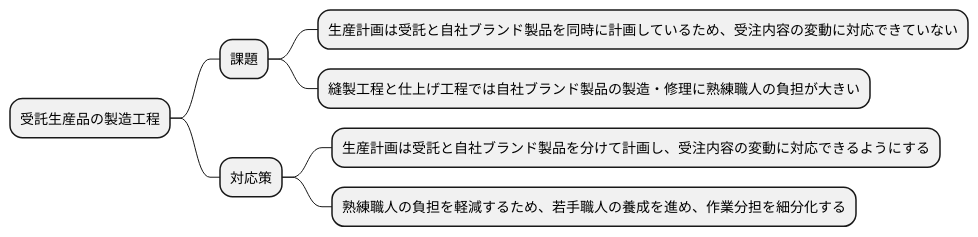
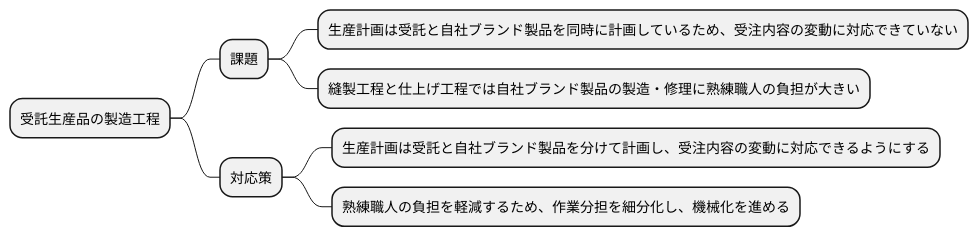
The sixth of 10 diagrams in docs/R03/study/study_3_take01.md (k2works/requirements_definition_excercise), drawn with PlantUML before and after one commit. The commit also changed other lines of this file, not shown here.

````diff
--- a/docs/R03/study/study_3_take01.md
+++ b/docs/R03/study/study_3_take01.md
@@ -225,13 +225,13 @@
 ```plantuml
 @startmindmap
 
 * 受託生産品の製造工程
 ** 課題
 *** 生産計画は受託と自社ブランド製品を同時に計画しているため、受注内容の変動に対応できていない
 *** 縫製工程と仕上げ工程では自社ブランド製品の製造・修理に熟練職人の負担が大きい
 ** 対応策
 *** 生産計画は受託と自社ブランド製品を分けて計画し、受注内容の変動に対応できるようにする
-*** 熟練職人の負担を軽減するため、若手職人の養成を進め、作業分担を細分化する
+*** 熟練職人の負担を軽減するため、作業分担を細分化し、機械化を進める
 
 @endmindmap
 ```
````
